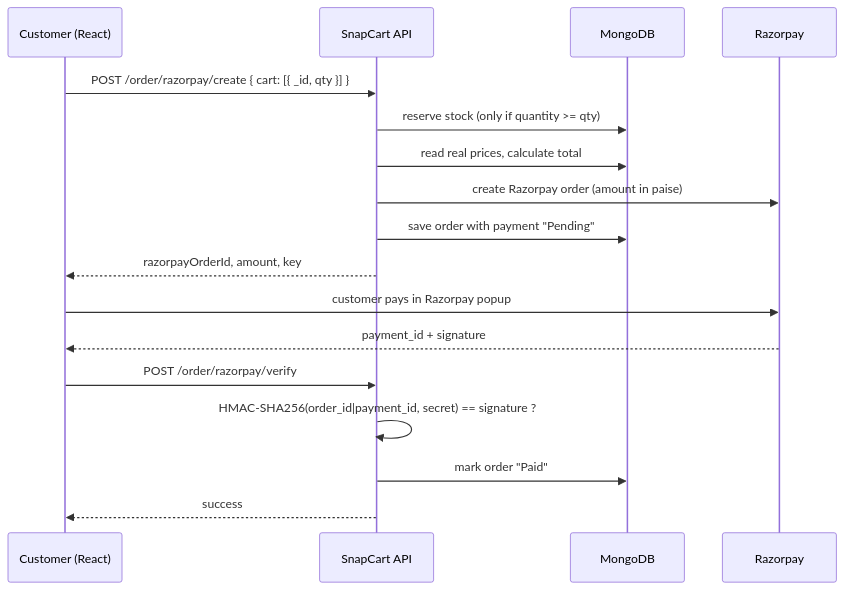
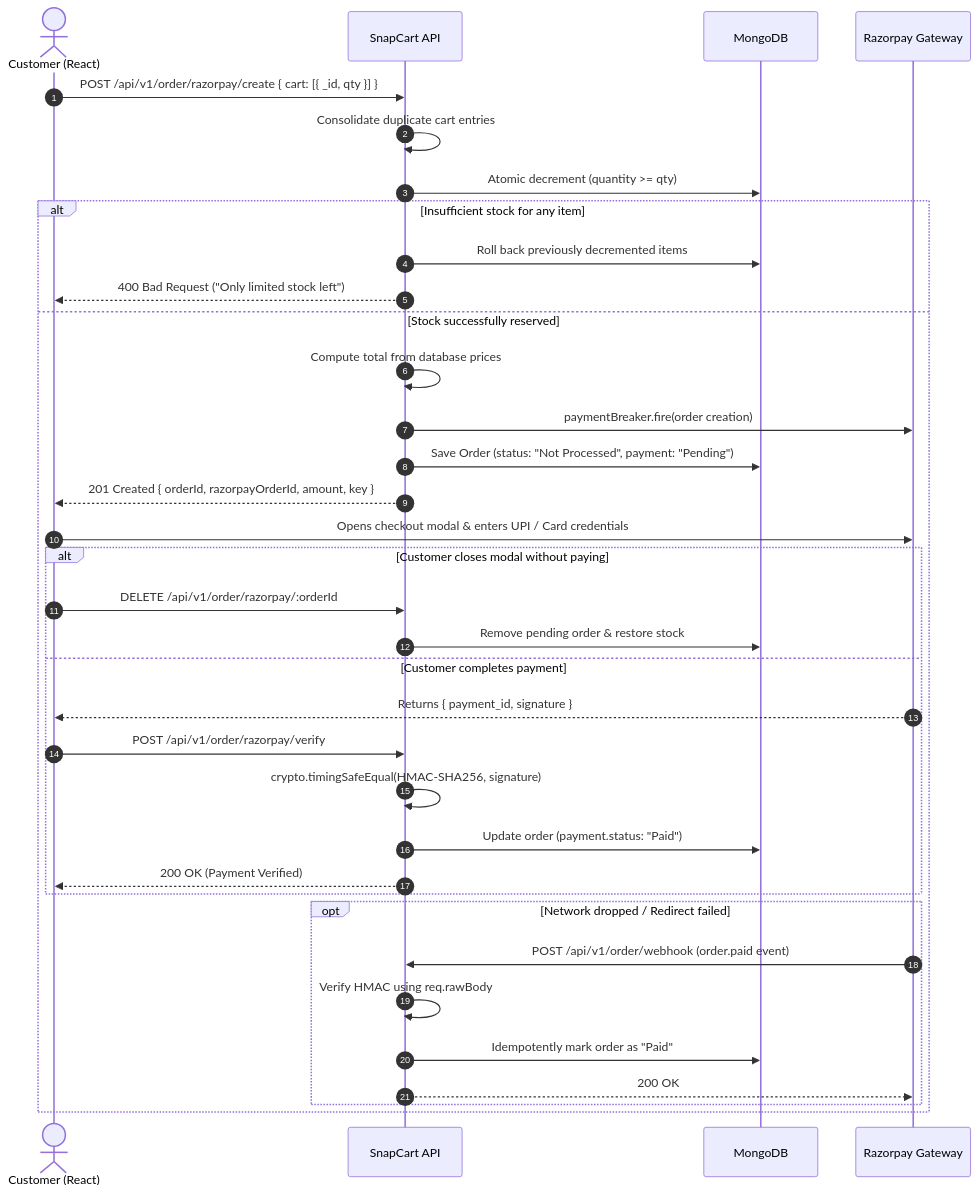
Before and after one commit to akshit-max/SnapCart-Ecommerce-APP: the second of 2 diagrams in README.md, drawn with Mermaid. The commit also changed other lines of this file and 8 other files, not shown here.

Commit message:
feat: harden inventory concurrency, cancellation locks, webhook raw HMAC, and test suite

````diff
--- a/README.md
+++ b/README.md
@@ -121,20 +183,40 @@
 ```mermaid
 sequenceDiagram
-    participant U as Customer (React)
-    participant S as SnapCart API
+    autonumber
+    actor Customer as Customer (React)
+    participant API as SnapCart API
     participant DB as MongoDB
-    participant R as Razorpay
+    participant PGW as Razorpay Gateway
 
-    U->>S: POST /order/razorpay/create { cart: [{ _id, qty }] }
-    S->>DB: reserve stock (only if quantity >= qty)
-    S->>DB: read real prices, calculate total
-    S->>R: create Razorpay order (amount in paise)
-    S->>DB: save order with payment "Pending"
-    S-->>U: razorpayOrderId, amount, key
-    U->>R: customer pays in Razorpay popup
-    R-->>U: payment_id + signature
-    U->>S: POST /order/razorpay/verify
-    S->>S: HMAC-SHA256(order_id|payment_id, secret) == signature ?
-    S->>DB: mark order "Paid"
-    S-->>U: success
+    Customer->>API: POST /api/v1/order/razorpay/create { cart: [{ _id, qty }] }
+    API->>API: Consolidate duplicate cart entries
+    API->>DB: Atomic decrement (quantity >= qty)
+    alt Insufficient stock for any item
+        API->>DB: Roll back previously decremented items
+        API-->>Customer: 400 Bad Request ("Only limited stock left")
+    else Stock successfully reserved
+        API->>API: Compute total from database prices
+        API->>PGW: paymentBreaker.fire(order creation)
+        API->>DB: Save Order (status: "Not Processed", payment: "Pending")
+        API-->>Customer: 201 Created { orderId, razorpayOrderId, amount, key }
+        Customer->>PGW: Opens checkout modal & enters UPI / Card credentials
+        
+        alt Customer closes modal without paying
+            Customer->>API: DELETE /api/v1/order/razorpay/:orderId
+            API->>DB: Remove pending order & restore stock
+        else Customer completes payment
+            PGW-->>Customer: Returns { payment_id, signature }
+            Customer->>API: POST /api/v1/order/razorpay/verify
+            API->>API: crypto.timingSafeEqual(HMAC-SHA256, signature)
+            API->>DB: Update order (payment.status: "Paid")
+            API-->>Customer: 200 OK (Payment Verified)
+        end
+        
+        opt Network dropped / Redirect failed
+            PGW->>API: POST /api/v1/order/webhook (order.paid event)
+            API->>API: Verify HMAC using req.rawBody
+            API->>DB: Idempotently mark order as "Paid"
+            API-->>PGW: 200 OK
+        end
+    end
 ```
````
